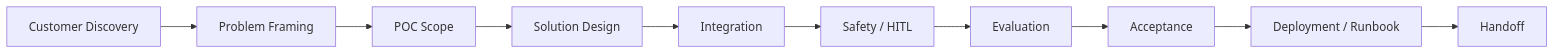
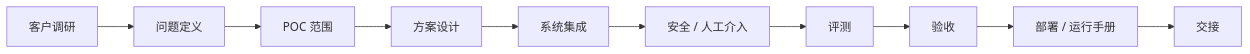
Before and after one commit to jonji886/ai-support-delivery: the second of 2 diagrams in README.md, drawn with Mermaid. The commit also changed other lines of this file, not shown here.

````diff
--- a/README.md
+++ b/README.md
@@ -250,12 +250,12 @@
 ```mermaid
 flowchart LR
-    D[Customer Discovery] --> F[Problem Framing]
-    F --> S[POC Scope]
-    S --> SD[Solution Design]
-    SD --> I[Integration]
-    I --> H[Safety / HITL]
-    H --> E[Evaluation]
-    E --> A[Acceptance]
-    A --> R[Deployment / Runbook]
-    R --> HO[Handoff]
+    D[客户调研] --> F[问题定义]
+    F --> S[POC 范围]
+    S --> SD[方案设计]
+    SD --> I[系统集成]
+    I --> H[安全 / 人工介入]
+    H --> E[评测]
+    E --> A[验收]
+    A --> R[部署 / 运行手册]
+    R --> HO[交接]
 ```
````
